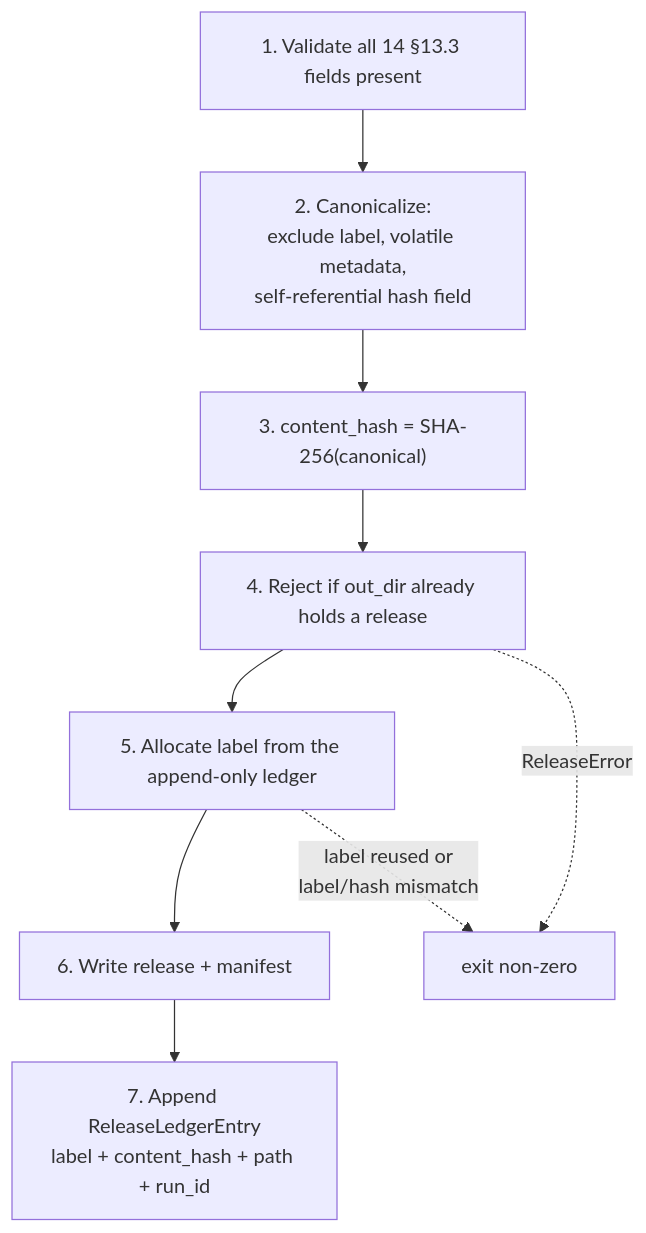
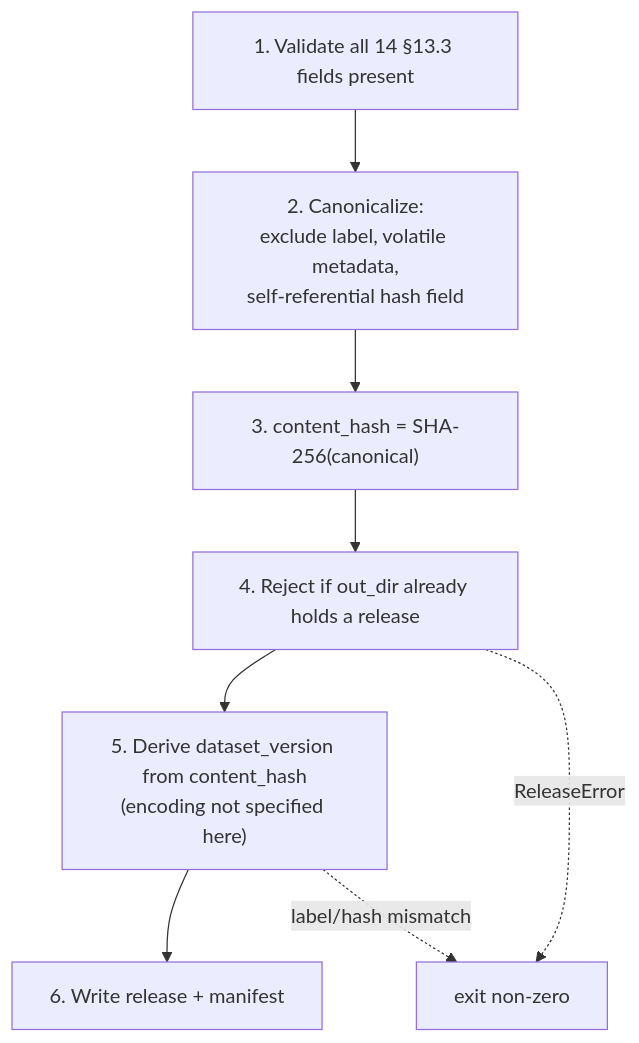
The second of 2 diagrams in aidlc/spaces/default/intents/260813-tec-hourly-forecast/construction/foundation/functional-design/business-logic-model.md (Kimrza/Thesis_toshkari), drawn with Mermaid before and after one commit. The commit also changed other lines of this file and 35 other files, not shown here.

````diff
--- a/aidlc/spaces/default/intents/260813-tec-hourly-forecast/construction/foundation/functional-design/business-logic-model.md
+++ b/aidlc/spaces/default/intents/260813-tec-hourly-forecast/construction/foundation/functional-design/business-logic-model.md
@@ -295,13 +346,12 @@
 ```mermaid
 graph TD
   A["1. Validate all 14 §13.3 fields present"]
   B["2. Canonicalize:<br/>exclude label, volatile metadata,<br/>self-referential hash field"]
   C["3. content_hash = SHA-256(canonical)"]
   D["4. Reject if out_dir already holds a release"]
-  E["5. Allocate label from the append-only ledger"]
+  E["5. Derive dataset_version from content_hash<br/>(encoding not specified here)"]
   F["6. Write release + manifest"]
-  G["7. Append ReleaseLedgerEntry<br/>label + content_hash + path + run_id"]
-  A --> B --> C --> D --> E --> F --> G
+  A --> B --> C --> D --> E --> F
   D -.->|ReleaseError| X["exit non-zero"]
-  E -.->|"label reused or<br/>label/hash mismatch"| X
+  E -.->|"label/hash mismatch"| X
 ```
````
